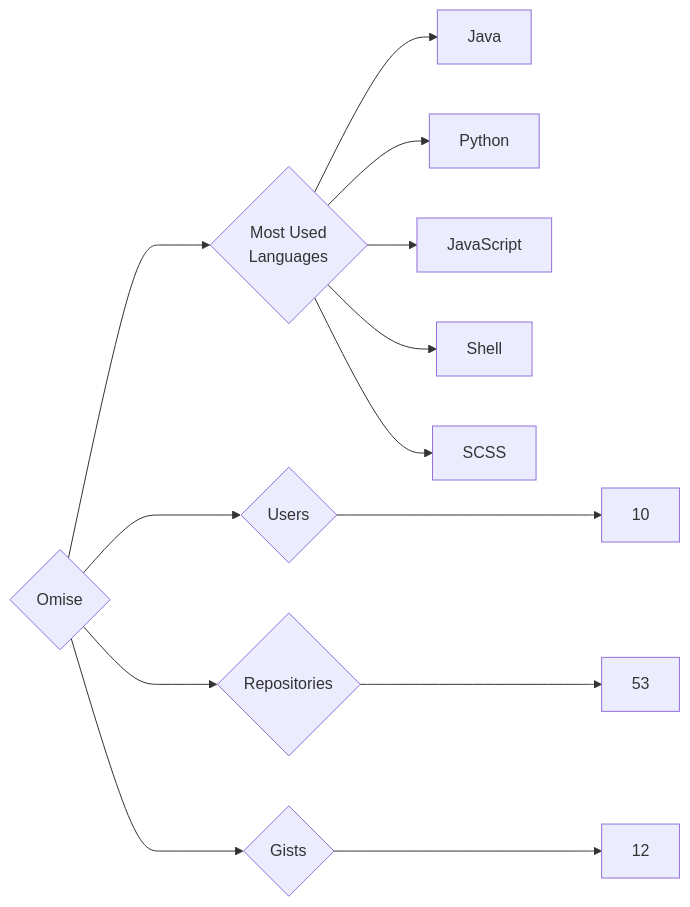
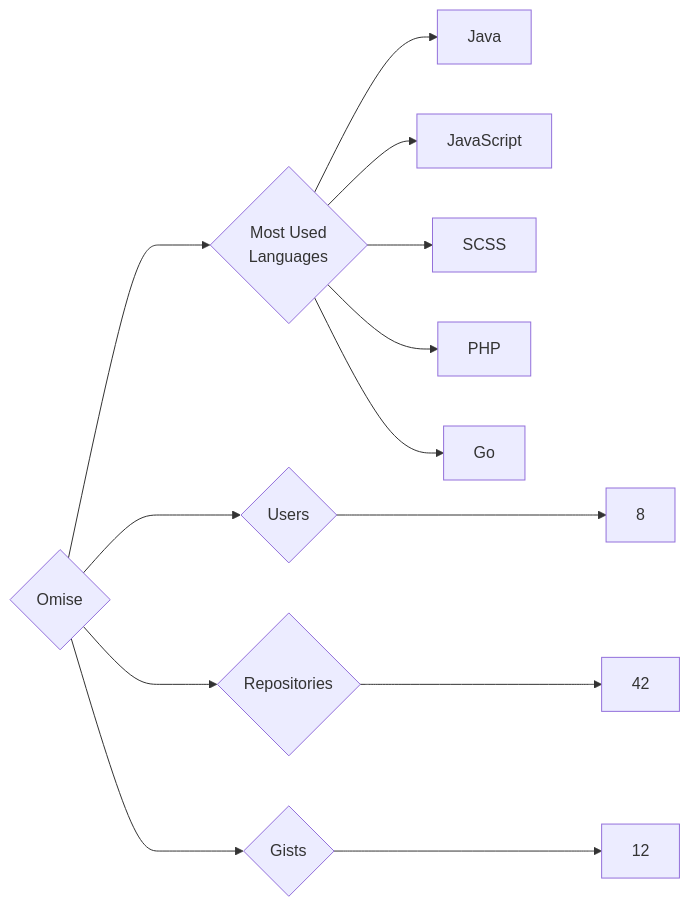
One commit to trickest/insiders changed the diagram in targets/Omise/README.md. Above: the diagram before and after it, drawn with Mermaid. The commit also changed 972 other files, not shown here.

````diff
--- a/targets/Omise/README.md
+++ b/targets/Omise/README.md
@@ -3,13 +3,13 @@
 ```mermaid
 graph LR
 COMPANY_NAME{Omise}
-COMPANY_NAME ---> U{Users} ---> UN[10]
-COMPANY_NAME ---> R{Repositories} ---> RN[53]
+COMPANY_NAME ---> U{Users} ---> UN[8]
+COMPANY_NAME ---> R{Repositories} ---> RN[42]
 COMPANY_NAME ---> G{Gists} ---> GN[12]
 COMPANY_NAME ---> ML{Most Used<br>Languages}
 ML --> Java[Java]
-ML --> Python[Python]
 ML --> JavaScript[JavaScript]
-ML --> Shell[Shell]
 ML --> SCSS[SCSS]
+ML --> PHP[PHP]
+ML --> Go[Go]
 ```
````
